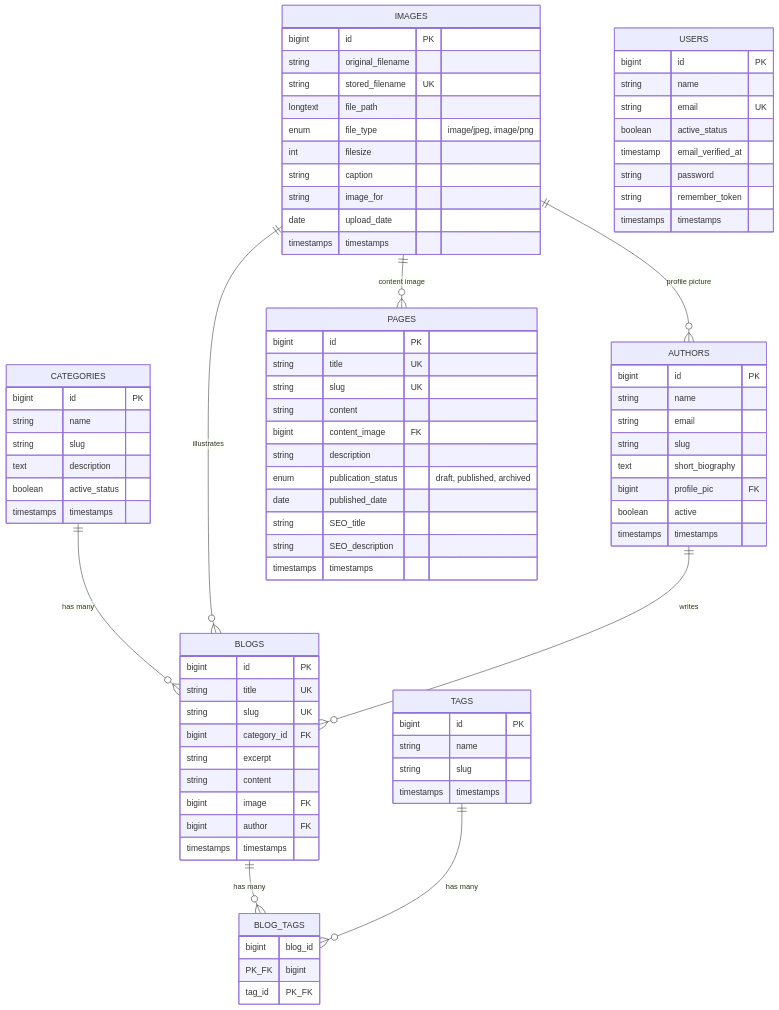
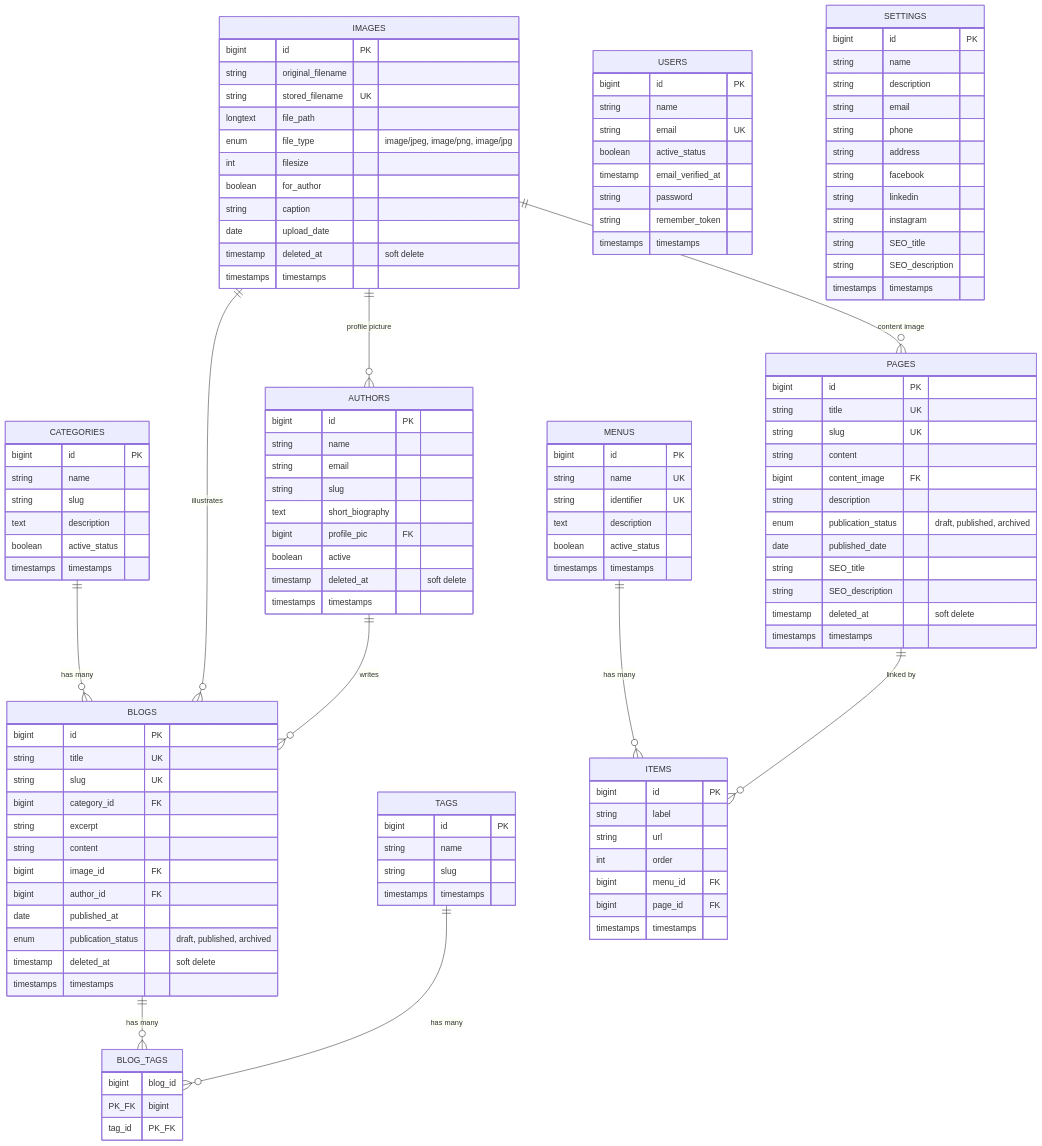
One commit to reaminate/Content-Management-Systen changed the diagram in database/DATABASE_DIAGRAM.md. Above: the diagram before and after it, drawn with Mermaid. The commit also changed other lines of this file and 3 other files, not shown here.

Commit message:
updated erd and readmne

````diff
--- a/database/DATABASE_DIAGRAM.md
+++ b/database/DATABASE_DIAGRAM.md
@@ -12,6 +12,8 @@
     AUTHORS ||--o{ BLOGS : "writes"
     BLOGS ||--o{ BLOG_TAGS : "has many"
     TAGS ||--o{ BLOG_TAGS : "has many"
+    MENUS ||--o{ ITEMS : "has many"
+    PAGES ||--o{ ITEMS : "linked by"
 
     USERS {
         bigint id PK
@@ -38,11 +40,12 @@
         string original_filename
         string stored_filename UK
         longtext file_path
-        enum file_type "image/jpeg, image/png"
+        enum file_type "image/jpeg, image/png, image/jpg"
         int filesize
+        boolean for_author
         string caption
-        string image_for
         date upload_date
+        timestamp deleted_at "soft delete"
         timestamps timestamps
     }
 
@@ -61,6 +64,7 @@
         text short_biography
         bigint profile_pic FK
         boolean active
+        timestamp deleted_at "soft delete"
         timestamps timestamps
     }
 
@@ -71,8 +75,11 @@
         bigint category_id FK
         string excerpt
         string content
-        bigint image FK
-        bigint author FK
+        bigint image_id FK
+        bigint author_id FK
+        date published_at
+        enum publication_status "draft, published, archived"
+        timestamp deleted_at "soft delete"
         timestamps timestamps
     }
 
@@ -92,6 +99,41 @@
         date published_date
         string SEO_title
         string SEO_description
+        timestamp deleted_at "soft delete"
+        timestamps timestamps
+    }
+
+    MENUS {
+        bigint id PK
+        string name UK
+        string identifier UK
+        text description
+        boolean active_status
+        timestamps timestamps
+    }
+
+    ITEMS {
+        bigint id PK
+        string label
+        string url
+        int order
+        bigint menu_id FK
+        bigint page_id FK
+        timestamps timestamps
+    }
+
+    SETTINGS {
+        bigint id PK
+        string name
+        string description
+        string email
+        string phone
+        string address
+        string facebook
+        string linkedin
+        string instagram
+        string SEO_title
+        string SEO_description
         timestamps timestamps
     }
 ```
````
